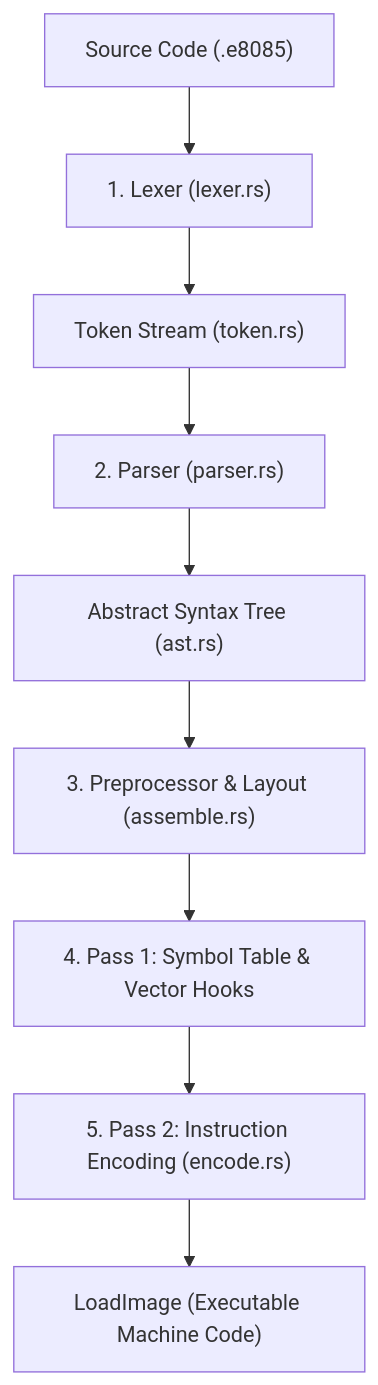
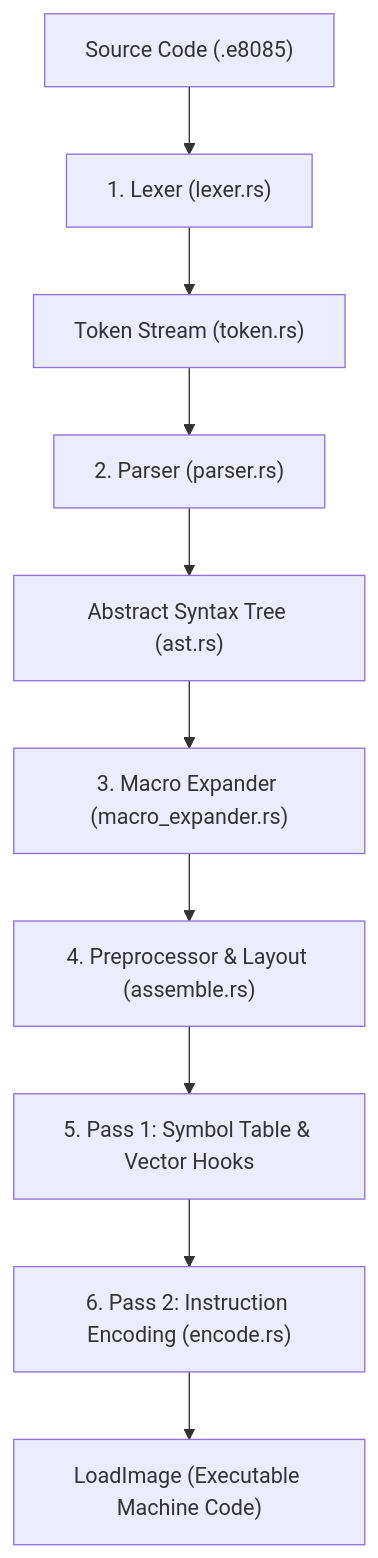
One commit to SparrowSurya/8085-emu changed the diagram in doc/ASSEMBLER.md. Above: the diagram before and after it, drawn with Mermaid. The commit also changed other lines of this file and 20 other files, not shown here.

````diff
--- a/doc/ASSEMBLER.md
+++ b/doc/ASSEMBLER.md
@@ -11,11 +11,12 @@
 ```mermaid
 flowchart TD
     Source["Source Code (.e8085)"] --> Lexer["1. Lexer (lexer.rs)"]
     Lexer --> Tokens["Token Stream (token.rs)"]
     Tokens --> Parser["2. Parser (parser.rs)"]
     Parser --> AST["Abstract Syntax Tree (ast.rs)"]
-    AST --> Preprocessor["3. Preprocessor & Layout (assemble.rs)"]
-    Preprocessor --> Pass1["4. Pass 1: Symbol Table & Vector Hooks"]
-    Pass1 --> Pass2["5. Pass 2: Instruction Encoding (encode.rs)"]
+    AST --> MacroExpander["3. Macro Expander (macro_expander.rs)"]
+    MacroExpander --> Preprocessor["4. Preprocessor & Layout (assemble.rs)"]
+    Preprocessor --> Pass1["5. Pass 1: Symbol Table & Vector Hooks"]
+    Pass1 --> Pass2["6. Pass 2: Instruction Encoding (encode.rs)"]
     Pass2 --> LoadImage["LoadImage (Executable Machine Code)"]
 ```
````
